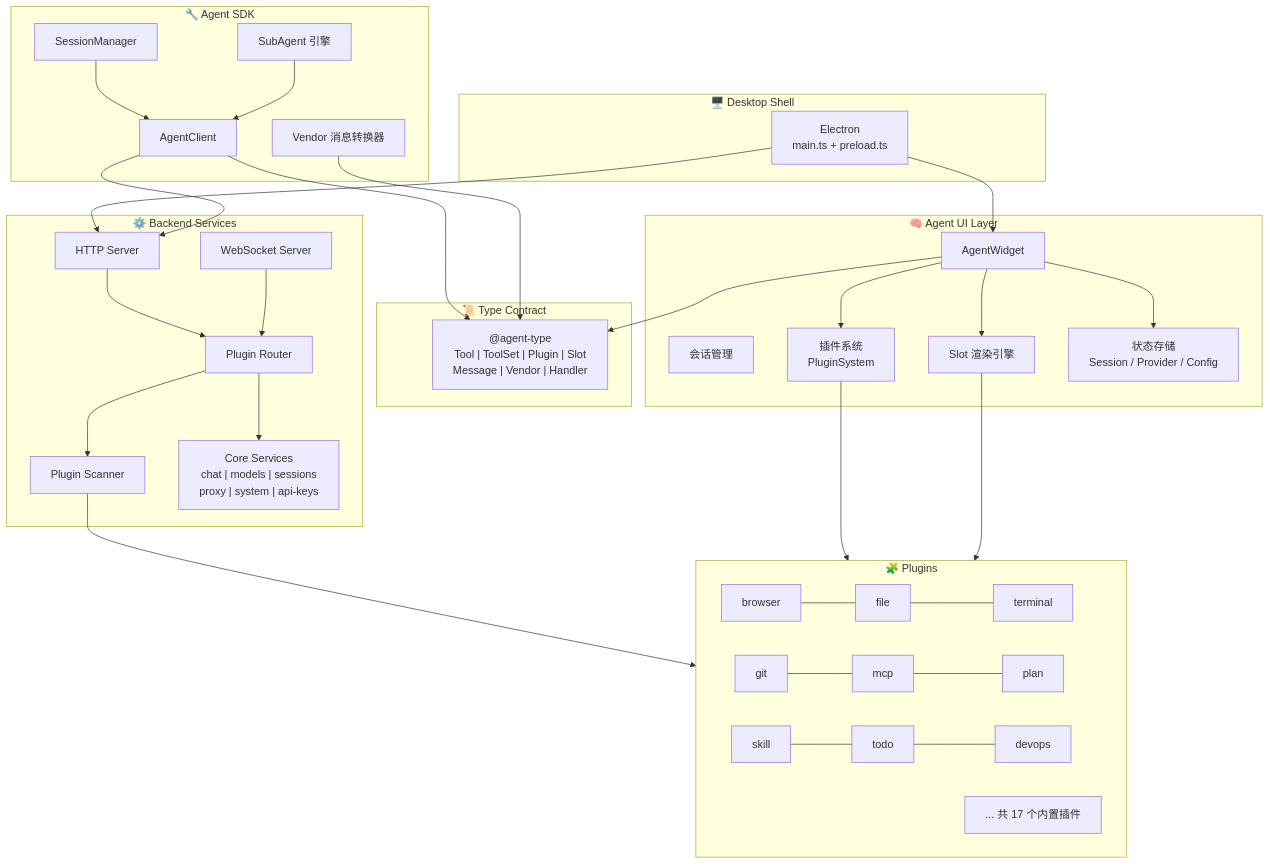
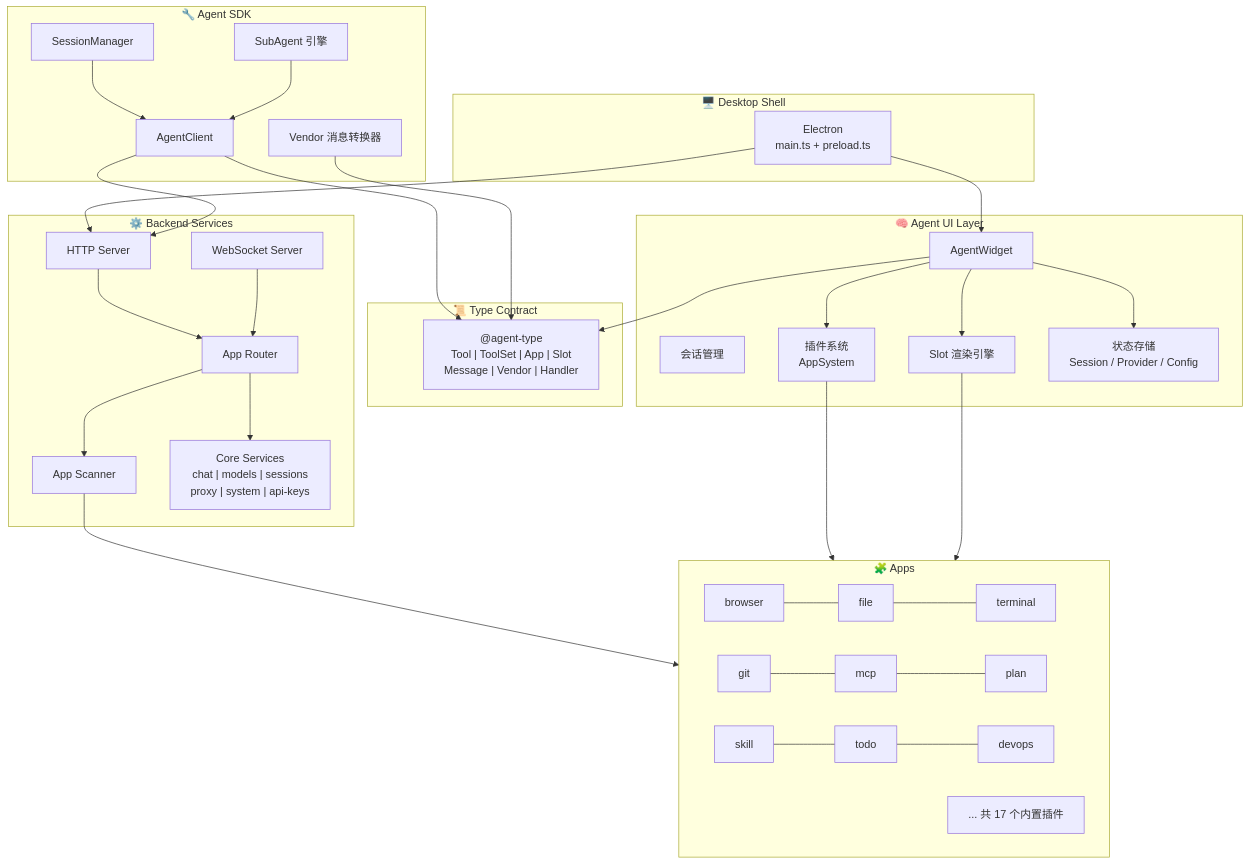
Diagram 11 of 11 in agentOS产品介绍.md (littlebadbadbad/agent-os), drawn with Mermaid before and after one commit. The commit also changed other lines of this file and 1053 other files, not shown here.

Commit message:
plugin -> app

````diff
--- a/agentOS产品介绍.md
+++ b/agentOS产品介绍.md
@@ -416,60 +416,60 @@
 ```mermaid
 graph TB
     subgraph "🖥️ Desktop Shell"
         Electron["Electron<br/>main.ts + preload.ts"]
     end
     
     subgraph "🧠 Agent UI Layer"
         Widget["AgentWidget"]
         Sessions["会话管理"]
         SlotEngine["Slot 渲染引擎"]
-        PluginSys["插件系统<br/>PluginSystem"]
+        AppSys["插件系统<br/>AppSystem"]
         Stores["状态存储<br/>Session / Provider / Config"]
     end
     
     subgraph "📜 Type Contract"
-        Types["@agent-type<br/>Tool | ToolSet | Plugin | Slot<br/>Message | Vendor | Handler"]
+        Types["@agent-type<br/>Tool | ToolSet | App | Slot<br/>Message | Vendor | Handler"]
     end
     
     subgraph "🔧 Agent SDK"
         Client["AgentClient"]
         SessionMgr["SessionManager"]
         SubAgent["SubAgent 引擎"]
         Converter["Vendor 消息转换器"]
     end
     
     subgraph "⚙️ Backend Services"
         HTTPServer["HTTP Server"]
         WSServer["WebSocket Server"]
-        Router["Plugin Router"]
-        Scanner["Plugin Scanner"]
+        Router["App Router"]
+        Scanner["App Scanner"]
         CoreSvcs["Core Services<br/>chat | models | sessions<br/>proxy | system | api-keys"]
     end
     
-    subgraph "🧩 Plugins"
+    subgraph "🧩 Apps"
         direction LR
         P1["browser"] --- P2["file"] --- P3["terminal"]
         P4["git"] --- P5["mcp"] --- P6["plan"]
         P7["skill"] --- P8["todo"] --- P9["devops"]
         P10["... 共 17 个内置插件"]
     end
     
     Electron --> Widget
     Electron --> HTTPServer
     Widget --> Stores
     Widget --> SlotEngine
-    Widget --> PluginSys
+    Widget --> AppSys
     Widget --> Types
     Client --> Types
     SessionMgr --> Client
     SubAgent --> Client
     Converter --> Types
     Client --> HTTPServer
     HTTPServer --> Router
     WSServer --> Router
     Router --> CoreSvcs
     Router --> Scanner
     Scanner --> P1
-    PluginSys --> P1
+    AppSys --> P1
     SlotEngine --> P1
 ```
````
